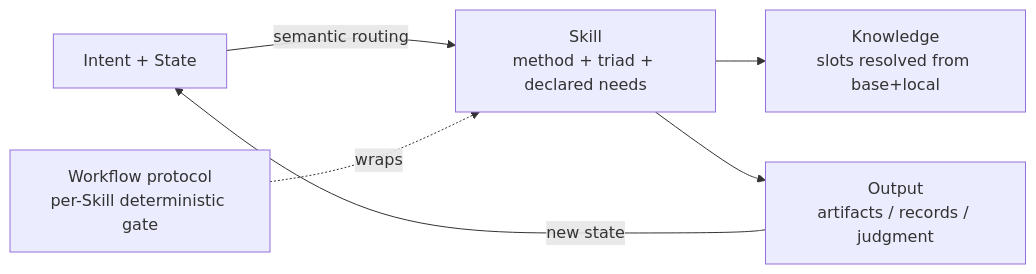
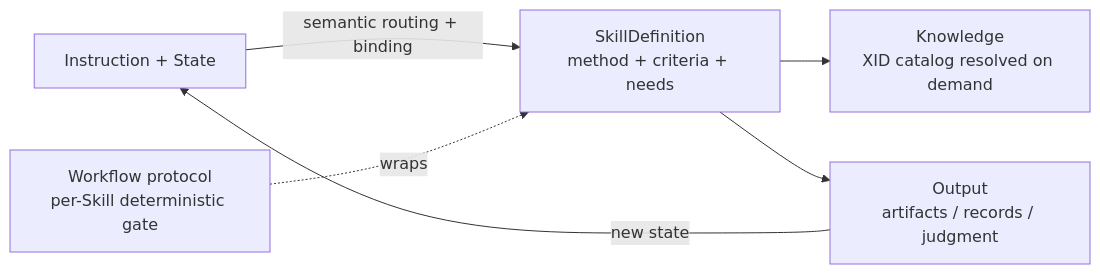
One commit to synthaicode/XRefKit changed the diagram in docs/core/models/052_flow_capability_skill_knowledge_model.md. Above: the diagram before and after it, drawn with Mermaid. The commit also changed other lines of this file and 9 other files, not shown here.

Commit message:
Align docs with runtime Skill routing

````diff
--- a/docs/core/models/052_flow_capability_skill_knowledge_model.md
+++ b/docs/core/models/052_flow_capability_skill_knowledge_model.md
@@ -120,8 +126,8 @@
 ```mermaid
 flowchart LR
-    I["Intent + State"] -->|semantic routing| S["Skill<br/>method + triad + declared needs"]
+    I["Instruction + State"] -->|semantic routing + binding| S["SkillDefinition<br/>method + criteria + needs"]
     P["Workflow protocol<br/>per-Skill deterministic gate"] -. wraps .-> S
-    S --> K["Knowledge<br/>slots resolved from base+local"]
+    S --> K["Knowledge<br/>XID catalog resolved on demand"]
     S --> O["Output<br/>artifacts / records / judgment"]
     O -->|new state| I
 ```
````
